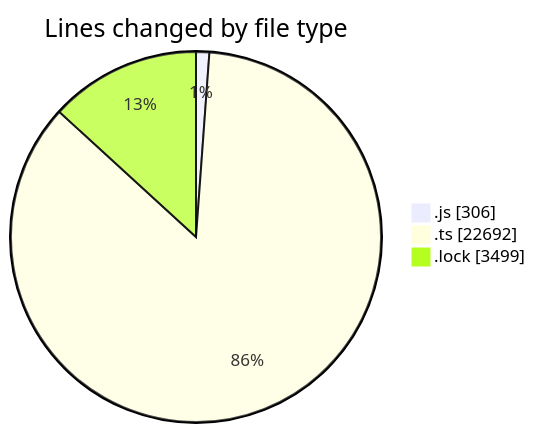
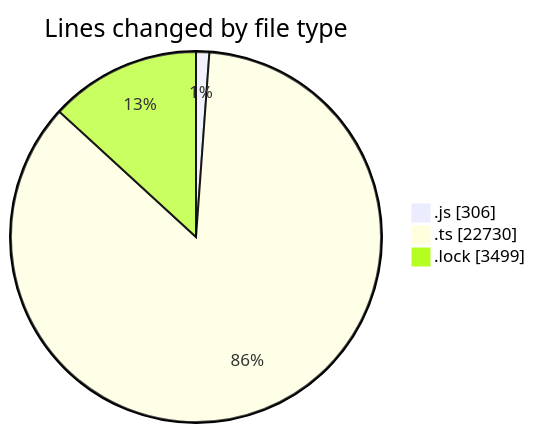
One commit to momahboobian/code-tracking changed the first of 2 diagrams in 2025-05-27/cda/README.md. Above: the diagram before and after it, drawn with Mermaid. The commit also changed other lines of this file and 1 other file, not shown here.

````diff
--- a/2025-05-27/cda/README.md
+++ b/2025-05-27/cda/README.md
@@ -28,7 +28,7 @@
 ```mermaid
 pie showData
 title Lines changed by file type
 ".js" : 306
-".ts" : 22692
+".ts" : 22730
 ".lock" : 3499
 ```
````
